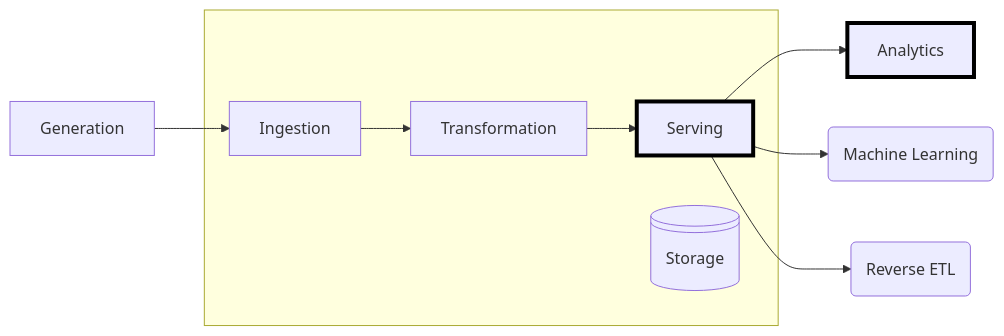
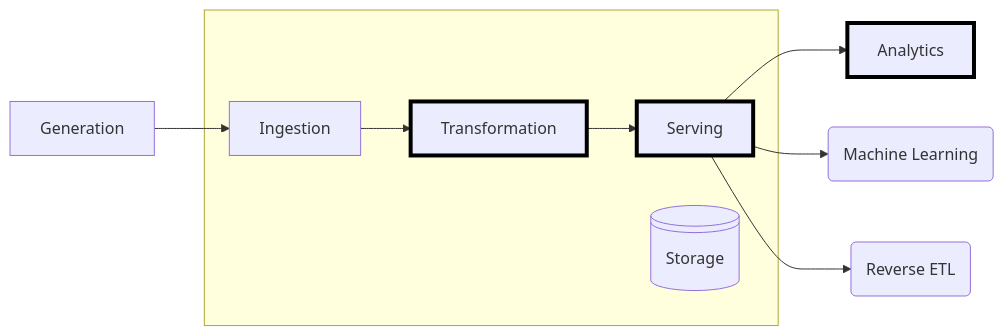
One commit to stain/comp63301-handbook changed the diagram in content/querying/_index.md. Above: the diagram before and after it, drawn with Mermaid. The commit also changed other lines of this file, not shown here.

````diff
--- a/content/querying/_index.md
+++ b/content/querying/_index.md
@@ -11,18 +11,18 @@
 ```mermaid {align="center" zoom="true"}
 graph LR;
   classDef highlight stroke:#000,stroke-width:4px
   direction LR
   Generation
   subgraph S [ ]
     Ingestion
-    Transformation
+    Transformation:::highlight
     Serving:::highlight
     Ingestion --> Transformation
     Transformation --> Serving
     Storage@{ shape: lin-cyl }
   end
   Generation --> Ingestion
   Serving --> Analytics:::highlight
   Serving --> ML(Machine Learning)
   Serving --> RETL(Reverse ETL)
 ```
````
